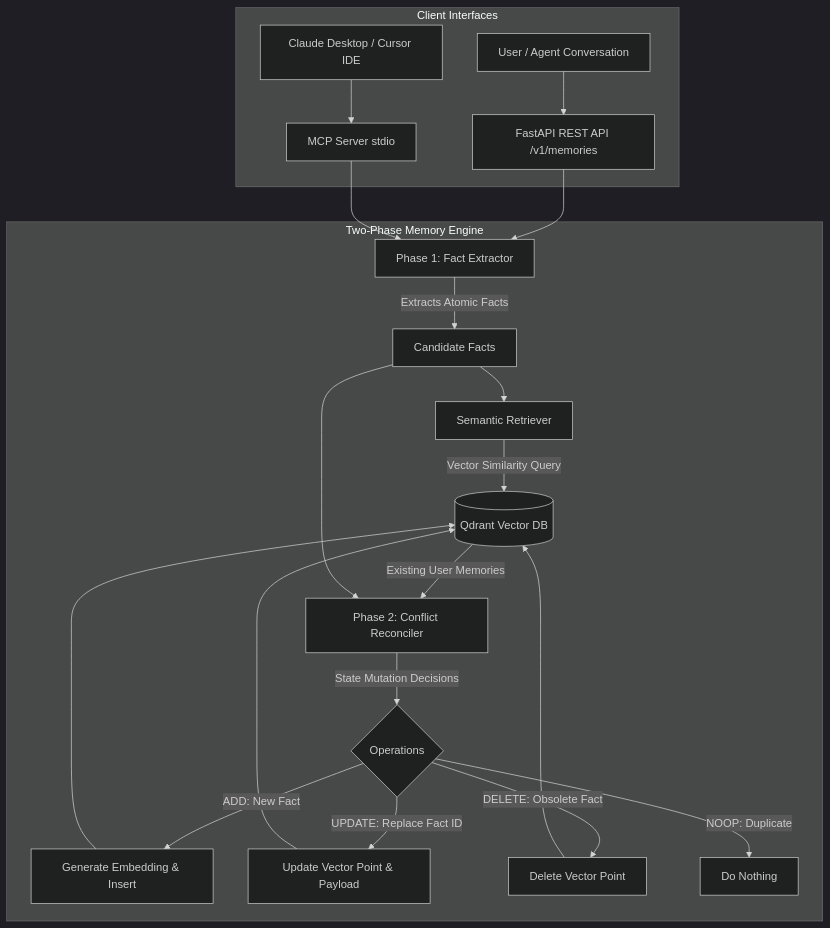
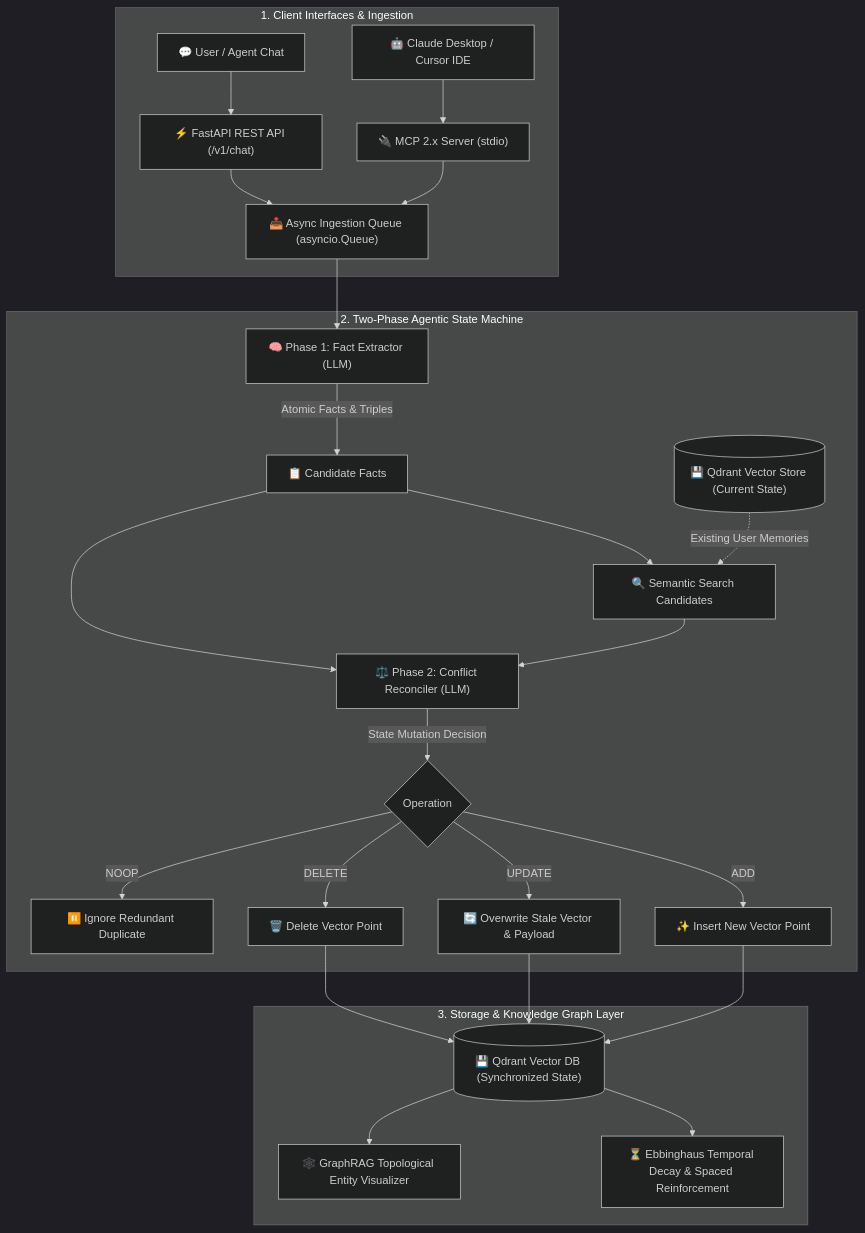
One commit to satvik-sahore/agentic-memory-engine changed the diagram in README.md. Above: the diagram before and after it, drawn with Mermaid (dark theme).

Commit message:
docs: redesign clean architecture flowchart in README

````diff
--- a/README.md
+++ b/README.md
@@ -25,28 +25,34 @@
 ```mermaid
 flowchart TD
-    subgraph ClientLayer [Client Interfaces]
-        A1[User / Agent Conversation] --> B[FastAPI REST API /v1/memories]
-        A2[Claude Desktop / Cursor IDE] --> C[MCP Server stdio]
+    subgraph Ingestion ["1. Client Interfaces & Ingestion"]
+        A["💬 User / Agent Chat"] --> C["⚡ FastAPI REST API (/v1/chat)"]
+        B["🤖 Claude Desktop / Cursor IDE"] --> D["🔌 MCP 2.x Server (stdio)"]
+        C --> E["📥 Async Ingestion Queue (asyncio.Queue)"]
+        D --> E
     end
 
-    subgraph TwoPhasePipeline [Two-Phase Memory Engine]
-        B --> D[Phase 1: Fact Extractor]
-        C --> D
-        D -->|Extracts Atomic Facts| E[Candidate Facts]
+    subgraph TwoPhase ["2. Two-Phase Agentic State Machine"]
+        E --> F["🧠 Phase 1: Fact Extractor (LLM)"]
+        F -->|Atomic Facts & Triples| G["📋 Candidate Facts"]
+        
+        G --> H["🔍 Semantic Search Candidates"]
+        Q1[("💾 Qdrant Vector Store (Current State)")] -.->|Existing User Memories| H
+        
+        H --> I["⚖️ Phase 2: Conflict Reconciler (LLM)"]
+        G --> I
+        
+        I -->|State Mutation Decision| J{"Operation"}
+        J -->|ADD| K["✨ Insert New Vector Point"]
+        J -->|UPDATE| L["🔄 Overwrite Stale Vector & Payload"]
+        J -->|DELETE| M["🗑️ Delete Vector Point"]
+        J -->|NOOP| N["⏸️ Ignore Redundant Duplicate"]
+    end
 
-        E --> F[Semantic Retriever]
-        F -->|Vector Similarity Query| G[(Qdrant Vector DB)]
-        G -->|Existing User Memories| H[Phase 2: Conflict Reconciler]
-        E --> H
-
-        H -->|State Mutation Decisions| I{Operations}
-        I -->|ADD: New Fact| J[Generate Embedding & Insert]
-        I -->|UPDATE: Replace Fact ID| K[Update Vector Point & Payload]
-        I -->|DELETE: Obsolete Fact| L[Delete Vector Point]
-        I -->|NOOP: Duplicate| M[Do Nothing]
-
-        J --> G
-        K --> G
-        L --> G
+    subgraph Storage ["3. Storage & Knowledge Graph Layer"]
+        K --> Q2[("💾 Qdrant Vector DB (Synchronized State)")]
+        L --> Q2
+        M --> Q2
+        Q2 --> O["⏳ Ebbinghaus Temporal Decay & Spaced Reinforcement"]
+        Q2 --> P["🕸️ GraphRAG Topological Entity Visualizer"]
     end
 ```
````
